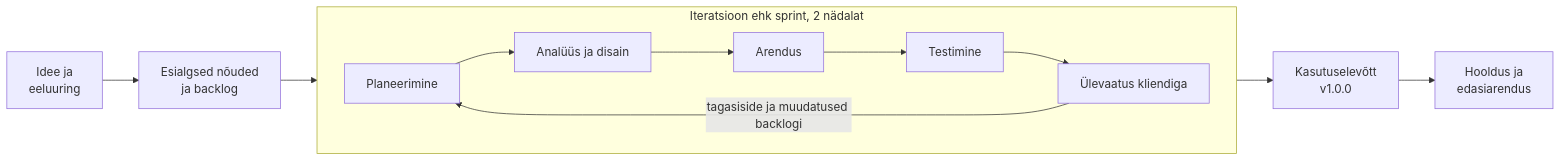
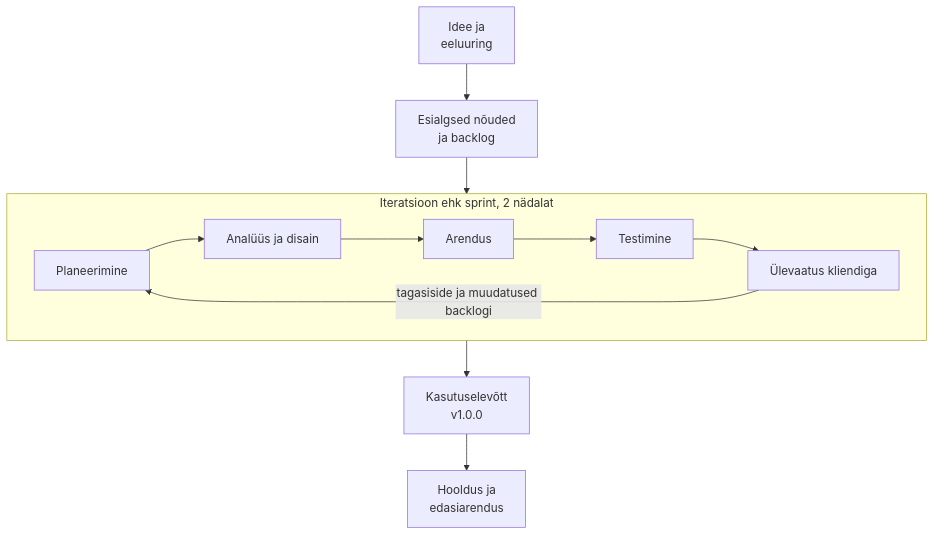
Before and after one commit to urmasrehkalt/laohaldus-kavand: the diagram in docs/01-arendusprotsess.md, drawn with Mermaid. The commit also changed 3 other files, not shown here.

````diff
--- a/docs/01-arendusprotsess.md
+++ b/docs/01-arendusprotsess.md
@@ -55,12 +55,12 @@
 ```mermaid
-flowchart LR
+flowchart TB
     A[Idee ja<br/>eeluuring] --> B[Esialgsed nõuded<br/>ja backlog]
     B --> C1
     subgraph S [Iteratsioon ehk sprint, 2 nädalat]
         direction LR
         C1[Planeerimine] --> C2[Analüüs ja disain] --> C3[Arendus] --> C4[Testimine] --> C5[Ülevaatus kliendiga]
     end
     C5 -- tagasiside ja muudatused backlogi --> C1
     C5 --> D[Kasutuselevõtt<br/>v1.0.0]
     D --> E[Hooldus ja<br/>edasiarendus]
 ```
````
